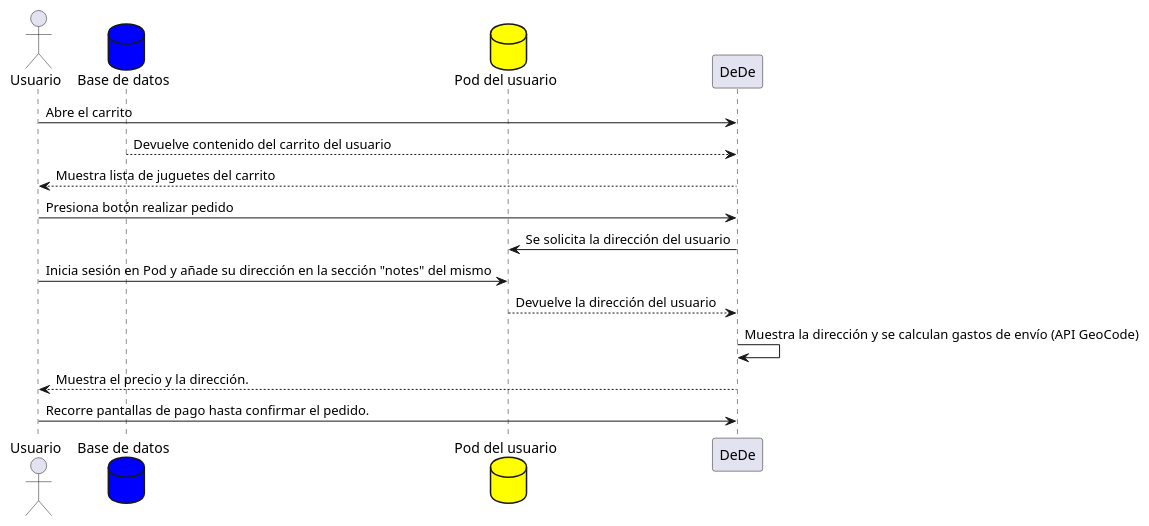
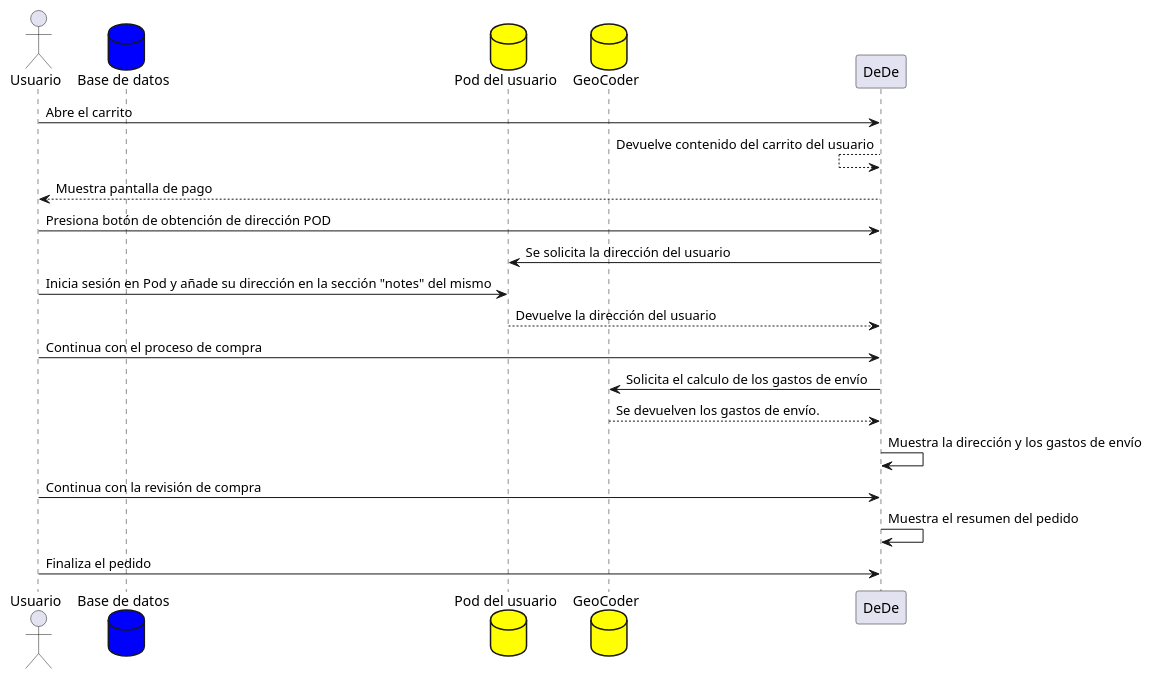
The second of 7 diagrams in docs/06_runtime_view.adoc (Arquisoft/dede_es2a), drawn with PlantUML before and after one commit. The commit also changed 8 other files, not shown here.

```diff
--- a/docs/06_runtime_view.adoc
+++ b/docs/06_runtime_view.adoc
@@ -50,16 +50,21 @@
 [plantuml,"ComprarProducto",png]
 ----
 actor Usuario
 database BaseDeDatos as "Base de datos" #blue
 database Pod as "Pod del usuario" #yellow
+database GeoCoder as "GeoCoder" #yellow
 Usuario -> DeDe: Abre el carrito
-DeDe <-- BaseDeDatos: Devuelve contenido del carrito del usuario
-Usuario <-- DeDe: Muestra lista de juguetes del carrito
-Usuario -> DeDe: Presiona botón realizar pedido
+DeDe <-- DeDe: Devuelve contenido del carrito del usuario
+Usuario <-- DeDe: Muestra pantalla de pago
+Usuario -> DeDe: Presiona botón de obtención de dirección POD
 DeDe -> Pod: Se solicita la dirección del usuario
 Usuario -> Pod: Inicia sesión en Pod y añade su dirección en la sección "notes" del mismo
 DeDe <-- Pod: Devuelve la dirección del usuario
-DeDe -> DeDe: Muestra la dirección y se calculan gastos de envío (API GeoCode)
-Usuario <-- DeDe: Muestra el precio y la dirección.
-Usuario -> DeDe: Recorre pantallas de pago hasta confirmar el pedido.
+Usuario -> DeDe: Continua con el proceso de compra
+DeDe -> GeoCoder: Solicita el calculo de los gastos de envío
+DeDe <-- GeoCoder: Se devuelven los gastos de envío.
+DeDe -> DeDe: Muestra la dirección y los gastos de envío
+Usuario -> DeDe: Continua con la revisión de compra
+DeDe -> DeDe: Muestra el resumen del pedido
+Usuario -> DeDe: Finaliza el pedido
 ----
```
